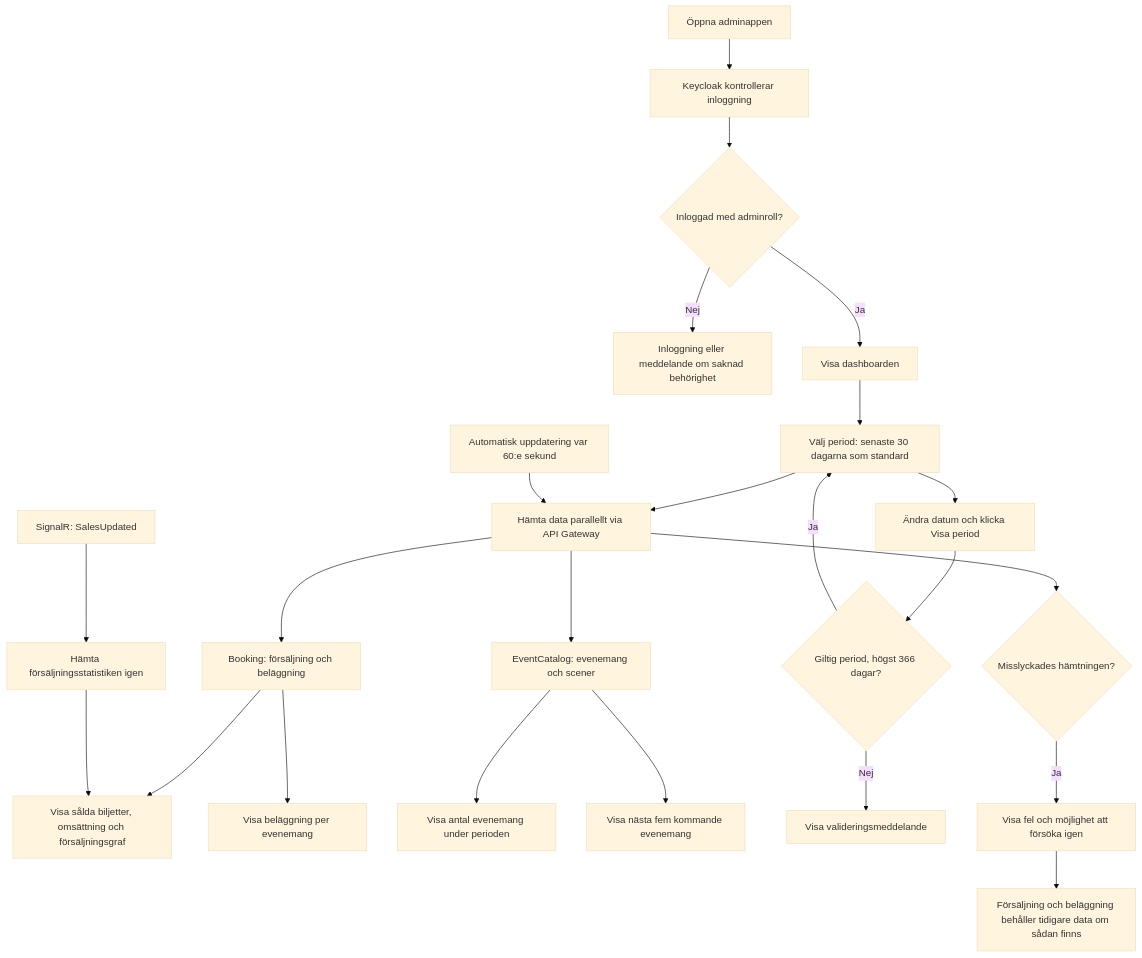
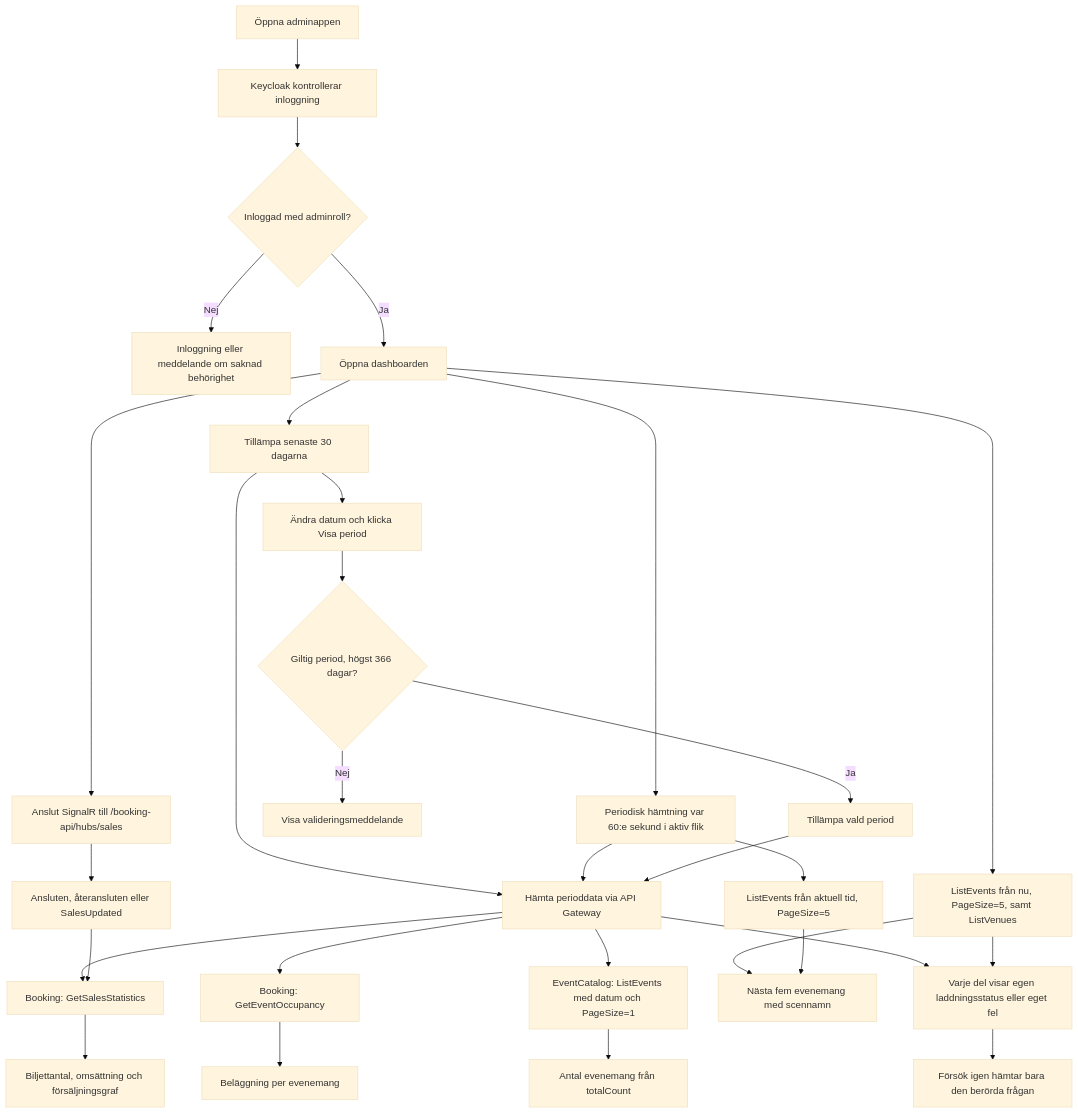
Before and after one commit to kimrodin/HalsingeLiveAB: the diagram in docs/admin_dashboard.md, drawn with Mermaid (base theme). The commit also changed other lines of this file, not shown here.

Commit message:
docs: förtydliga dashboardens API-anrop och uppdateringar

````diff
--- a/docs/admin_dashboard.md
+++ b/docs/admin_dashboard.md
@@ -7,30 +7,36 @@
 ```mermaid
 flowchart TD
     A["Öppna adminappen"] --> B["Keycloak kontrollerar inloggning"]
     B --> C{"Inloggad med adminroll?"}
     C -- Nej --> D["Inloggning eller meddelande om saknad behörighet"]
-    C -- Ja --> E["Visa dashboarden"]
-    E --> F["Välj period: senaste 30 dagarna som standard"]
+    C -- Ja --> E["Öppna dashboarden"]
+    E --> F["Tillämpa senaste 30 dagarna"]
+    F --> G["Hämta perioddata via API Gateway"]
+    G --> H["Booking: GetSalesStatistics"]
+    G --> I["Booking: GetEventOccupancy"]
+    G --> J["EventCatalog: ListEvents med datum och PageSize=1"]
+    H --> K["Biljettantal, omsättning och försäljningsgraf"]
+    I --> L["Beläggning per evenemang"]
+    J --> M["Antal evenemang från totalCount"]
 
-    F --> G["Hämta data parallellt via API Gateway"]
-    G --> H["Booking: försäljning och beläggning"]
-    G --> I["EventCatalog: evenemang och scener"]
+    E --> N["ListEvents från nu, PageSize=5, samt ListVenues"]
+    N --> O["Nästa fem evenemang med scennamn"]
+    E --> P["Anslut SignalR till /booking-api/hubs/sales"]
+    P --> Q["Ansluten, återansluten eller SalesUpdated"]
+    Q --> H
 
-    H --> J["Visa sålda biljetter, omsättning och försäljningsgraf"]
-    H --> K["Visa beläggning per evenemang"]
-    I --> L["Visa antal evenemang under perioden"]
-    I --> M["Visa nästa fem kommande evenemang"]
+    E --> R["Periodisk hämtning var 60:e sekund i aktiv flik"]
+    R --> G
+    R --> S["ListEvents från aktuell tid, PageSize=5"]
+    S --> O
 
-    F --> N["Ändra datum och klicka Visa period"]
-    N --> O{"Giltig period, högst 366 dagar?"}
-    O -- Nej --> P["Visa valideringsmeddelande"]
-    O -- Ja --> F
+    F --> T["Ändra datum och klicka Visa period"]
+    T --> U{"Giltig period, högst 366 dagar?"}
+    U -- Nej --> V["Visa valideringsmeddelande"]
+    U -- Ja --> W["Tillämpa vald period"]
+    W --> G
 
-    Q["SignalR: SalesUpdated"] --> R["Hämta försäljningsstatistiken igen"]
-    R --> J
-    S["Automatisk uppdatering var 60:e sekund"] --> G
-
-    G --> T{"Misslyckades hämtningen?"}
-    T -- Ja --> U["Visa fel och möjlighet att försöka igen"]
-    U --> V["Försäljning och beläggning behåller tidigare data om sådan finns"]
+    G --> X["Varje del visar egen laddningsstatus eller eget fel"]
+    N --> X
+    X --> Y["Försök igen hämtar bara den berörda frågan"]
 ```
````
